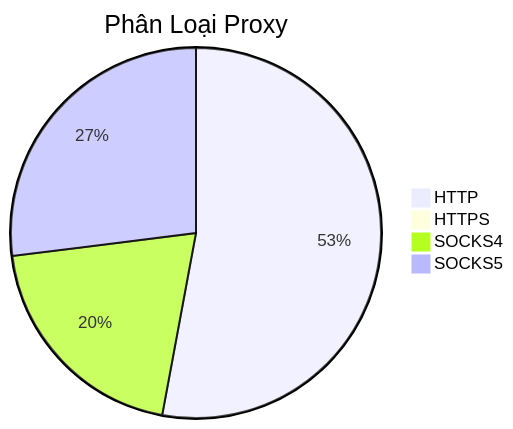
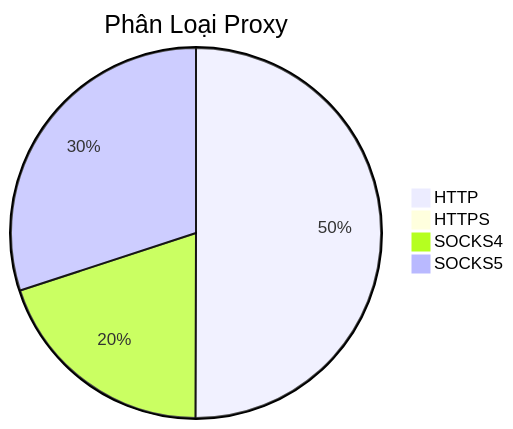
One commit to Ciara-12/PROXY-free changed the diagram in README.md. Above: the diagram before and after it, drawn with Mermaid. The commit also changed other lines of this file and 4 other files, not shown here.

````diff
--- a/README.md
+++ b/README.md
@@ -26,7 +26,7 @@
 ```mermaid
 pie title Phân Loại Proxy
-    "HTTP" : 661
-    "HTTPS" : 1
-    "SOCKS4" : 251
-    "SOCKS5" : 337
+    "HTTP" : 540
+    "HTTPS" : 0
+    "SOCKS4" : 215
+    "SOCKS5" : 324
 ```
````
